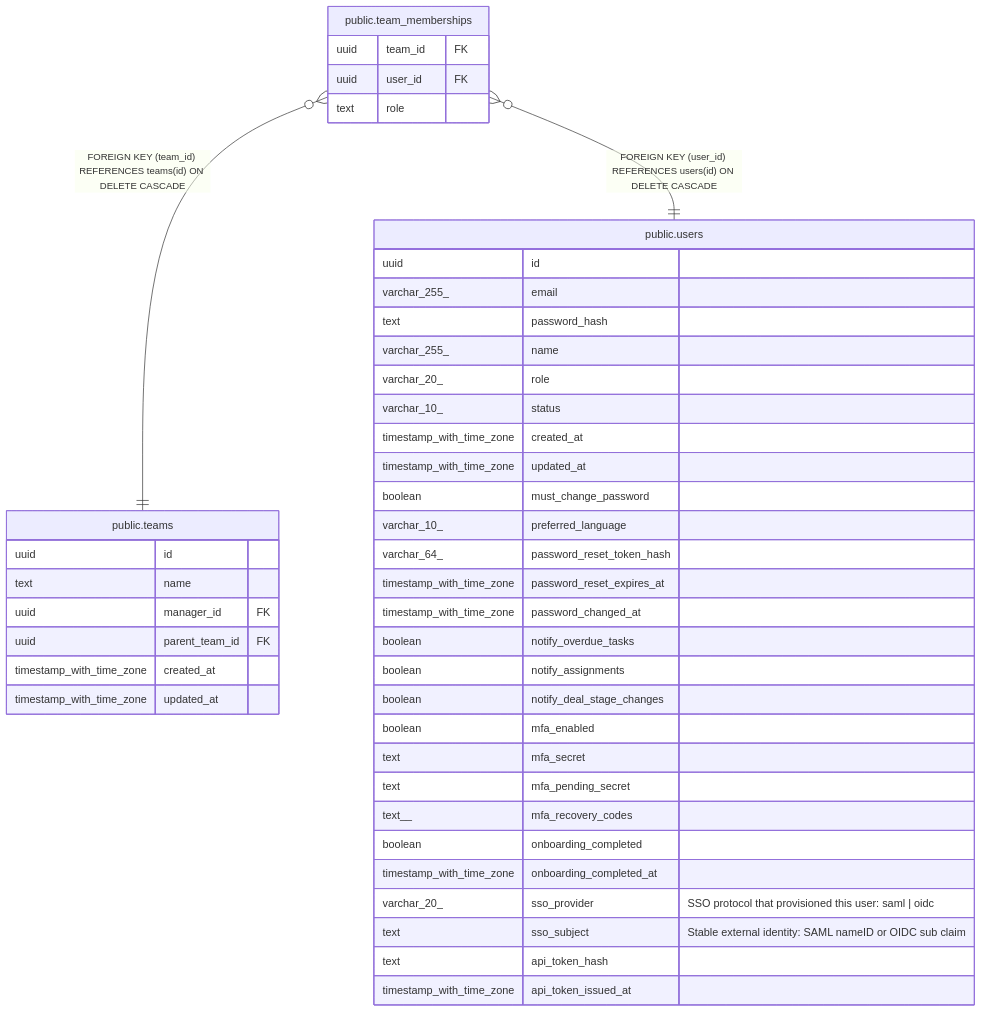
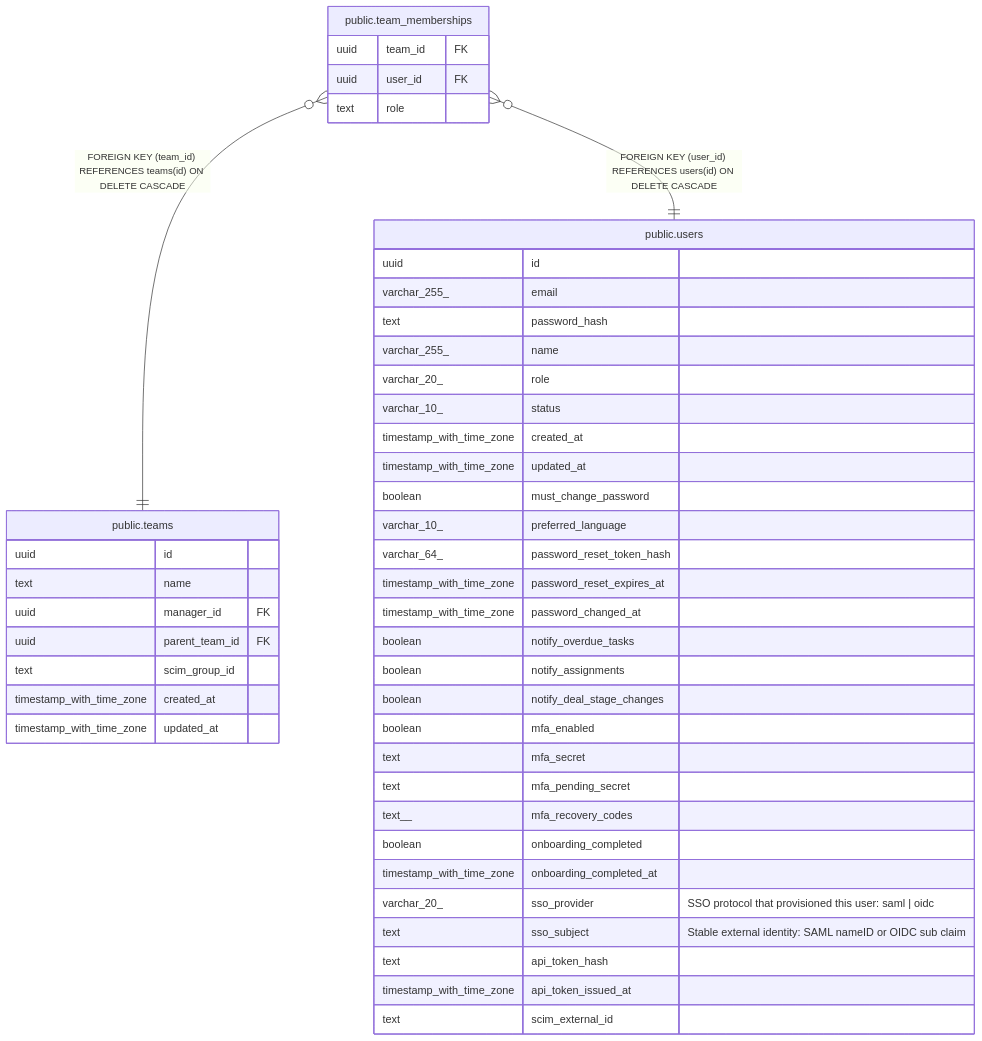
One commit to rkseattle/minicrm changed the diagram in docs/schema/public.team_memberships.md. Above: the diagram before and after it, drawn with Mermaid. The commit also changed 72 other files, not shown here.

````diff
--- a/docs/schema/public.team_memberships.md
+++ b/docs/schema/public.team_memberships.md
@@ -29,48 +29,50 @@
 ```mermaid
 erDiagram
 
 "public.team_memberships" }o--|| "public.teams" : "FOREIGN KEY (team_id) REFERENCES teams(id) ON DELETE CASCADE"
 "public.team_memberships" }o--|| "public.users" : "FOREIGN KEY (user_id) REFERENCES users(id) ON DELETE CASCADE"
 
 "public.team_memberships" {
   uuid team_id FK ""
   uuid user_id FK ""
   text role ""
 }
 "public.teams" {
   uuid id ""
   text name ""
   uuid manager_id FK ""
   uuid parent_team_id FK ""
+  text scim_group_id ""
   timestamp_with_time_zone created_at ""
   timestamp_with_time_zone updated_at ""
 }
 "public.users" {
   uuid id ""
   varchar_255_ email ""
   text password_hash ""
   varchar_255_ name ""
   varchar_20_ role ""
   varchar_10_ status ""
   timestamp_with_time_zone created_at ""
   timestamp_with_time_zone updated_at ""
   boolean must_change_password ""
   varchar_10_ preferred_language ""
   varchar_64_ password_reset_token_hash ""
   timestamp_with_time_zone password_reset_expires_at ""
   timestamp_with_time_zone password_changed_at ""
   boolean notify_overdue_tasks ""
   boolean notify_assignments ""
   boolean notify_deal_stage_changes ""
   boolean mfa_enabled ""
   text mfa_secret ""
   text mfa_pending_secret ""
   text__ mfa_recovery_codes ""
   boolean onboarding_completed ""
   timestamp_with_time_zone onboarding_completed_at ""
   varchar_20_ sso_provider "SSO protocol that provisioned this user: saml | oidc"
   text sso_subject "Stable external identity: SAML nameID or OIDC sub claim"
   text api_token_hash ""
   timestamp_with_time_zone api_token_issued_at ""
+  text scim_external_id ""
 }
 ```
````
